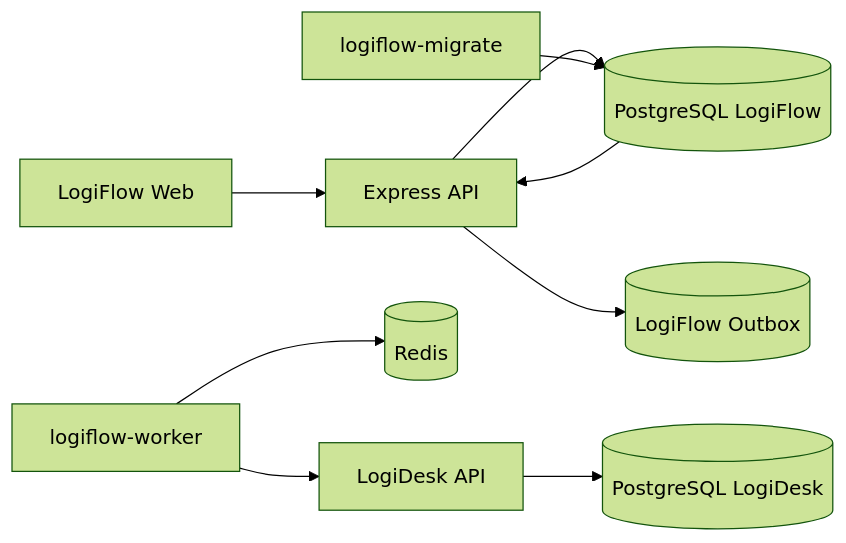
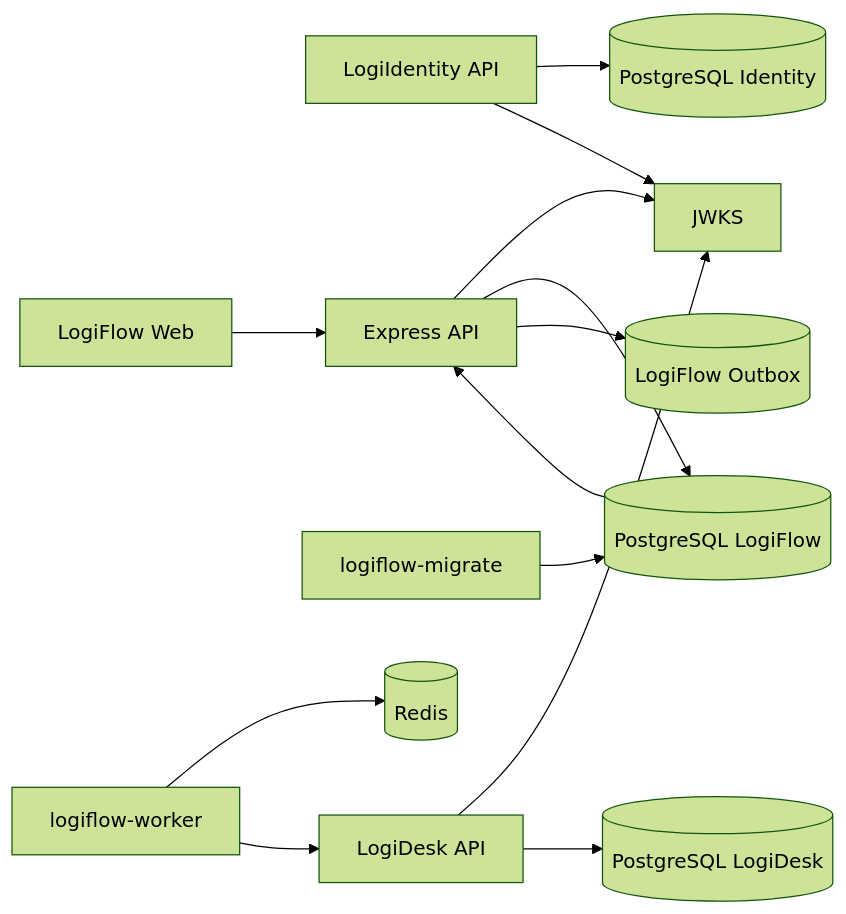
One commit to llucass1998/Nesher-Tech-Solutions changed the second of 2 diagrams in docs/ARCHITECTURE.md. Above: the diagram before and after it, drawn with Mermaid (forest theme). The commit also changed other lines of this file and 46 other files, not shown here.

````diff
--- a/docs/ARCHITECTURE.md
+++ b/docs/ARCHITECTURE.md
@@ -83,11 +99,15 @@
 ```mermaid
 flowchart LR
+  Identity[LogiIdentity API] --> IdentityDB[(PostgreSQL Identity)]
+  Identity --> JWKS[JWKS]
   Web[LogiFlow Web] --> API[Express API]
+  API --> JWKS
   API --> DB[(PostgreSQL LogiFlow)]
   Migrate[logiflow-migrate] --> DB
   DB --> API
   API --> Outbox[(LogiFlow Outbox)]
   Worker[logiflow-worker] --> Redis[(Redis)]
   Worker --> DeskAPI[LogiDesk API]
+  DeskAPI --> JWKS
   DeskAPI --> DeskDB[(PostgreSQL LogiDesk)]
 ```
````
